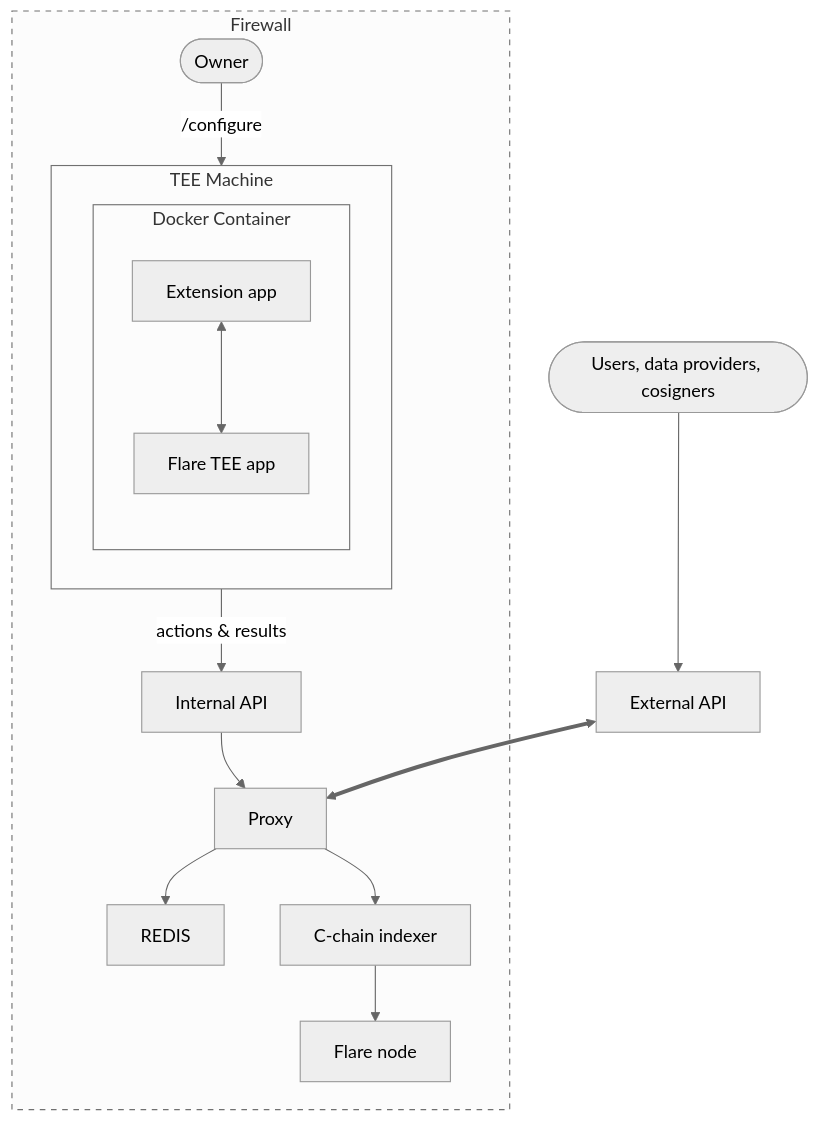
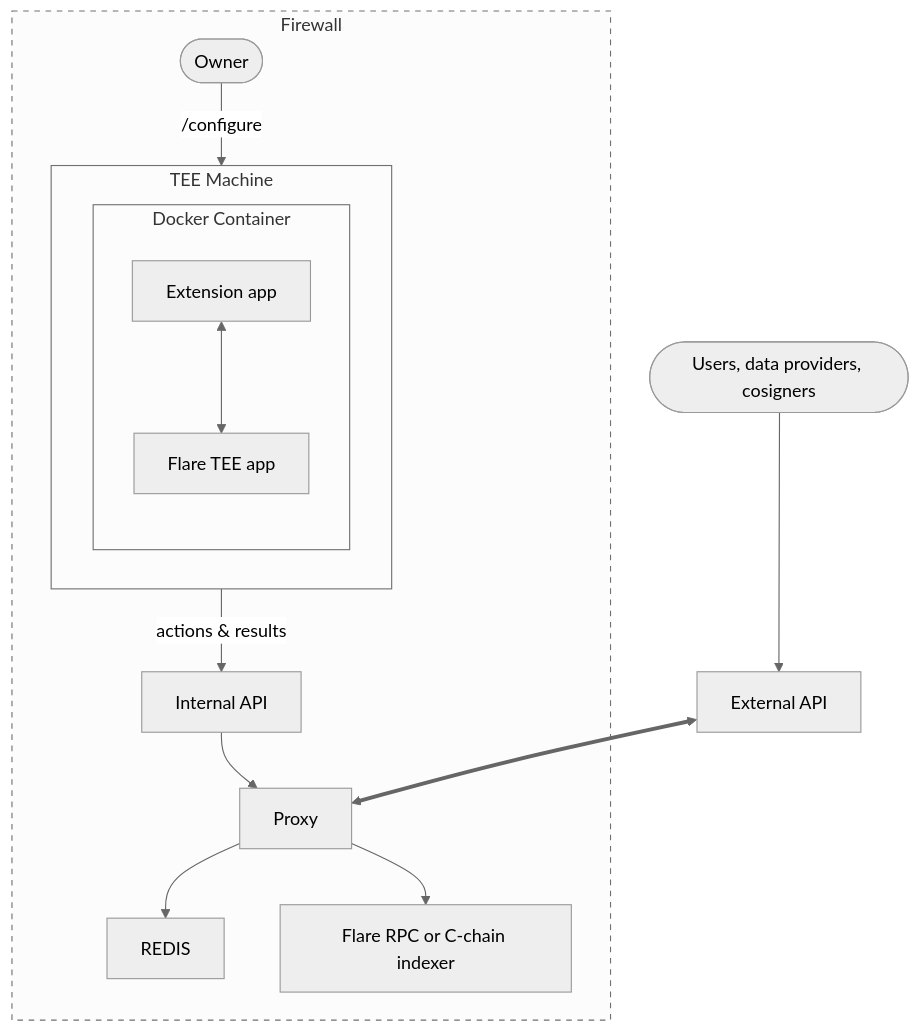
Before and after one commit to flare-foundation/developer-hub: the second of 2 diagrams in docs/fcc/1-overview.mdx, drawn with Mermaid (neutral theme). The commit also changed other lines of this file and 68 other files, not shown here.

````diff
--- a/docs/fcc/1-overview.mdx
+++ b/docs/fcc/1-overview.mdx
@@ -118,21 +150,20 @@
 ```mermaid
 graph TB
     ExtUsers(["Users, data providers, cosigners"]) --> ExternalAPI
 
     subgraph Firewall
         Owner(["Owner"]) -- "/configure" --> TEEMachine
         subgraph TEEMachine["TEE Machine"]
             subgraph Docker["Docker Container"]
                 ExtApp["Extension app"] <--> FlareApp["Flare TEE app"]
             end
         end
         TEEMachine -- "actions & results" --> InternalAPI["Internal API"]
         InternalAPI --> Proxy
         Proxy --> REDIS["REDIS"]
-        Proxy --> Indexer["C-chain indexer"]
-        Indexer --> FlareNode["Flare node"]
+        Proxy --> ChainSource["Flare RPC or C-chain indexer"]
     end
 
     ExternalAPI["External API"] <==> Proxy
     style Firewall stroke-dasharray: 5 5
 ```
````
